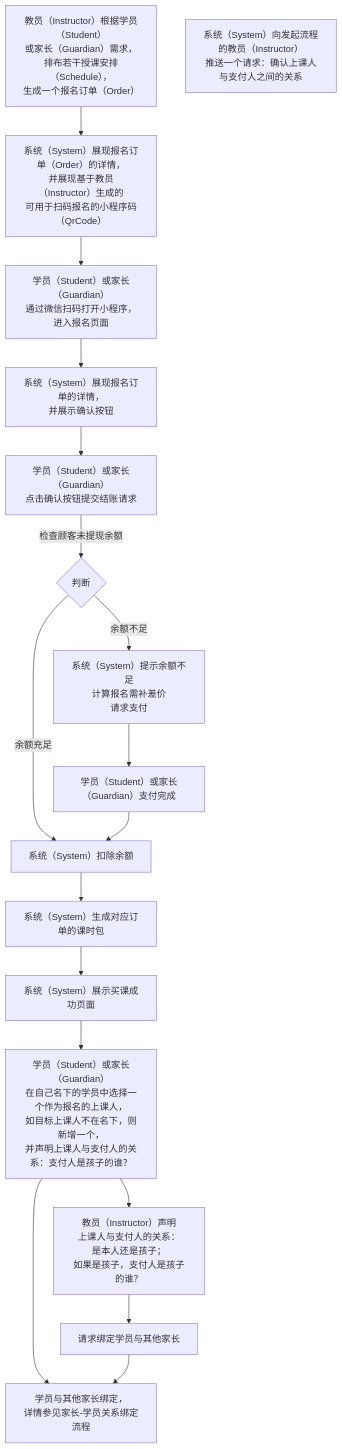
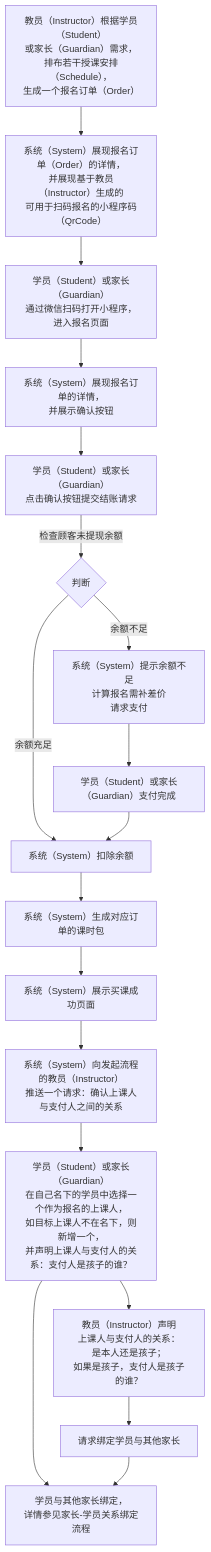
The diagram in 用例/报名.md (world-wide-web/sign), drawn with Mermaid before and after one commit. The commit also changed other lines of this file, not shown here.

````diff
--- a/用例/报名.md
+++ b/用例/报名.md
@@ -7,52 +7,53 @@
 ```mermaid
 graph TD
 
 生成报名订单-->生成报名码
 生成报名码-->扫码报名
 扫码报名-->展现报名订单
 展现报名订单-->确认并提交结账请求
 确认并提交结账请求--检查顾客未提现余额-->检查顾客未提现余额
 检查顾客未提现余额--余额充足-->扣除余额
 检查顾客未提现余额--余额不足-->请求支付
 请求支付-->支付完成
 支付完成-->扣除余额
 扣除余额-->生成课时包
 生成课时包-->提示买课成功
-提示买课成功-->指定上课人
+提示买课成功-->请求身份声明
+请求身份声明-->指定上课人
 指定上课人-->教员代理身份声明
 教员代理身份声明-->请求绑定学员与其他家长
 指定上课人-->学员与其他家长绑定
 请求绑定学员与其他家长-->学员与其他家长绑定
 
 生成报名订单["<center>教员（Instructor）根据学员（Student）<br>或家长（Guardian）需求，<br>排布若干授课安排（Schedule），<br>生成一个报名订单（Order）</center>"]
 
 生成报名码["<center>系统（System）展现报名订单（Order）的详情，<br>并展现基于教员（Instructor）生成的<br>可用于扫码报名的小程序码（QrCode）</center>"]
 
 扫码报名["<center>学员（Student）或家长（Guardian）<br>通过微信扫码打开小程序，进入报名页面</center>"]
 
 展现报名订单["<center>系统（System）展现报名订单的详情，<br>并展示确认按钮</center>"]
 
 确认并提交结账请求["<center>学员（Student）或家长（Guardian）<br>点击确认按钮提交结账请求</center>"]
 
 检查顾客未提现余额{判断}
 
 请求支付["<center>系统（System）提示余额不足<br>计算报名需补差价<br>请求支付</center>"]
 
 支付完成["<center>学员（Student）或家长（Guardian）支付完成</center>"]
 
 扣除余额["<center>系统（System）扣除余额</center>"]
 
 生成课时包["<center>系统（System）生成对应订单的课时包</center>"]
 
 提示买课成功["<center>系统（System）展示买课成功页面</center>"]
 
 请求身份声明["<center>系统（System）向发起流程的教员（Instructor）<br>推送一个请求：确认上课人与支付人之间的关系</center>"]
 
 指定上课人["<center>学员（Student）或家长（Guardian）<br>在自己名下的学员中选择一个作为报名的上课人，<br>如目标上课人不在名下，则新增一个，<br>并声明上课人与支付人的关系：支付人是孩子的谁？</center>"]
 
 教员代理身份声明["<center>教员（Instructor）声明<br>上课人与支付人的关系：<br>是本人还是孩子；<br>如果是孩子，支付人是孩子的谁？</center>"]
 
 请求绑定学员与其他家长
 
 学员与其他家长绑定["<center>学员与其他家长绑定，<br>详情参见家长-学员关系绑定流程</center>"]
 ```
````
